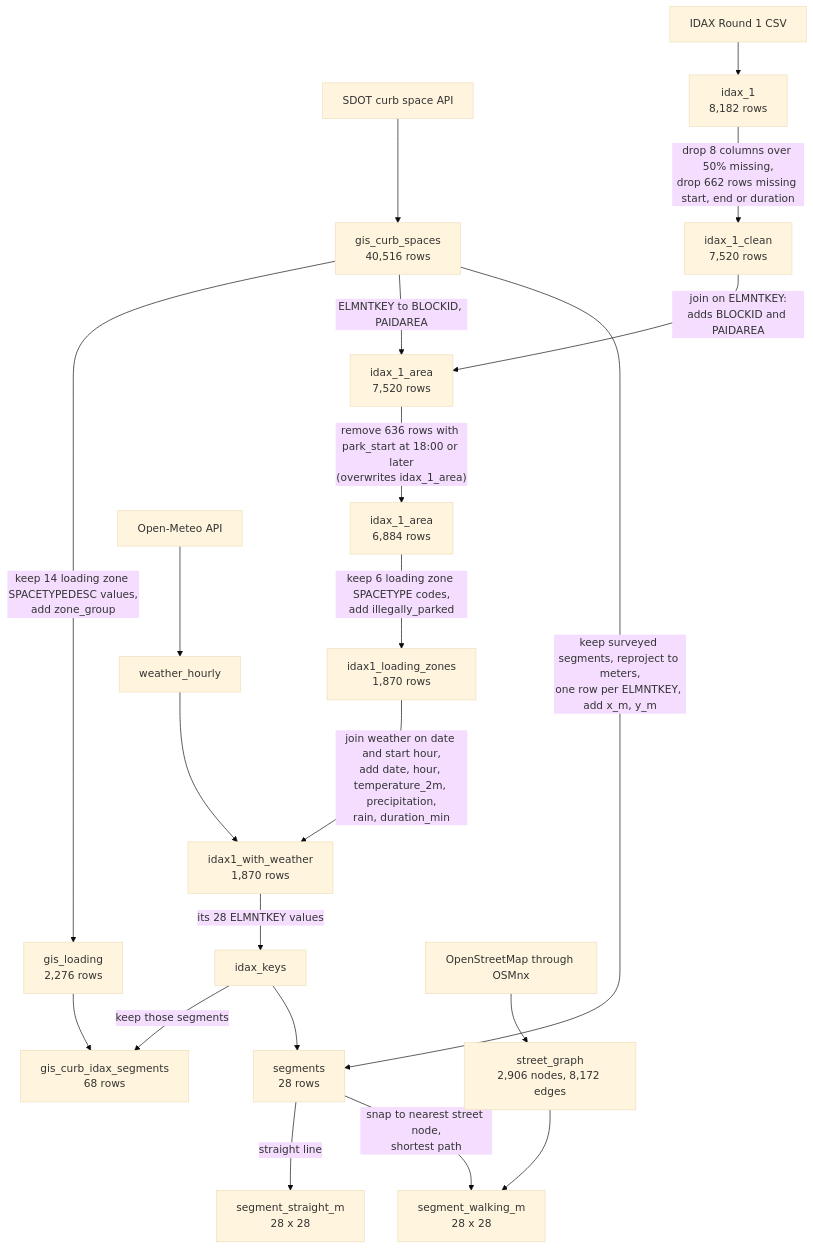
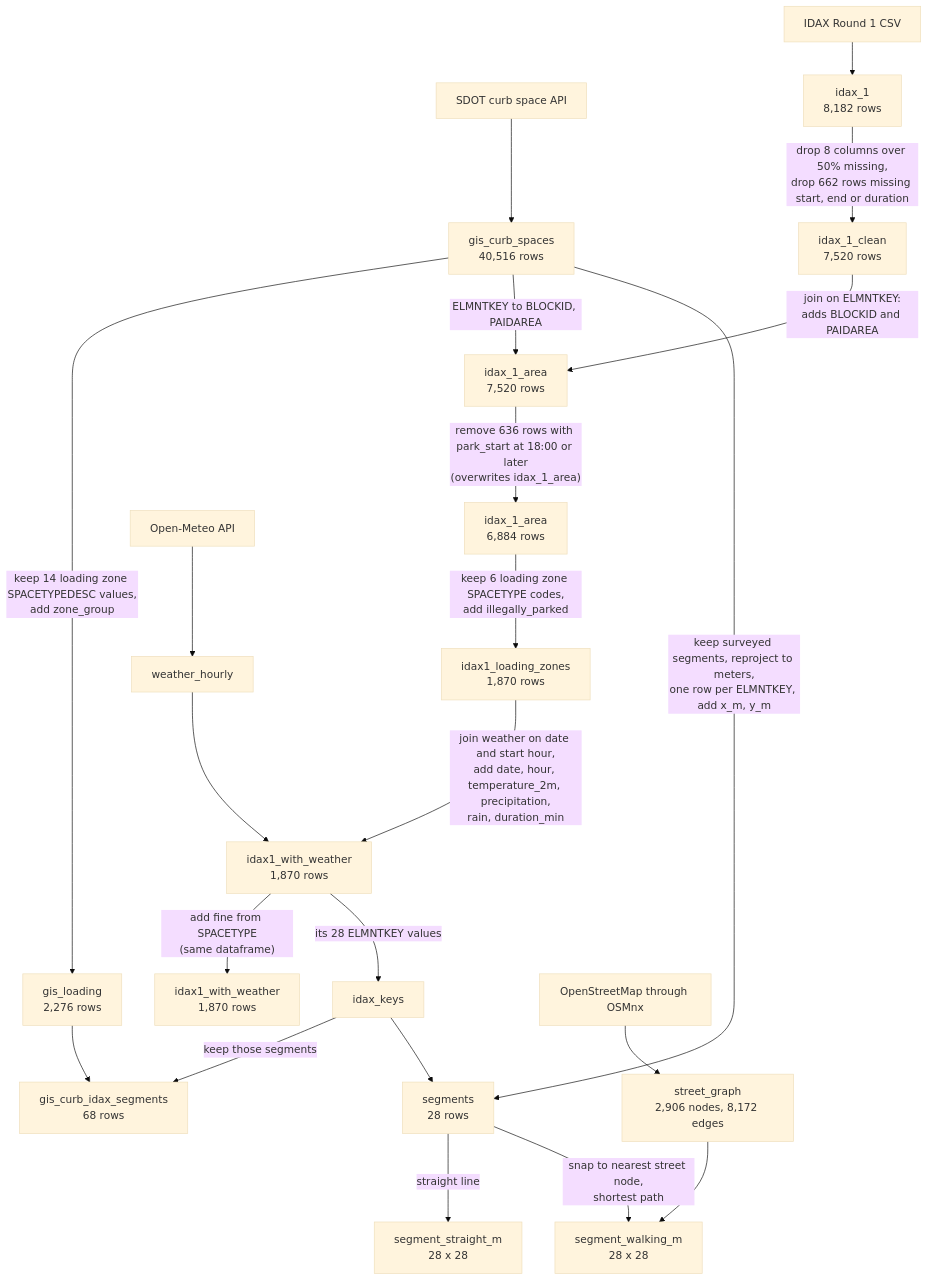
The diagram in docs/eda-variables.md (dshan805/freight-curb-allocation), drawn with Mermaid (base theme) before and after one commit. The commit also changed other lines of this file and 2 other files, not shown here.

````diff
--- a/docs/eda-variables.md
+++ b/docs/eda-variables.md
@@ -12,25 +12,26 @@
 ```mermaid
 flowchart TD
     API["SDOT curb space API"] --> gis_curb_spaces["gis_curb_spaces<br/>40,516 rows"]
     gis_curb_spaces -->|"keep 14 loading zone SPACETYPEDESC values,<br/>add zone_group"| gis_loading["gis_loading<br/>2,276 rows"]
 
     CSV1["IDAX Round 1 CSV"] --> idax_1["idax_1<br/>8,182 rows"]
     idax_1 -->|"drop 8 columns over 50% missing,<br/>drop 662 rows missing start, end or duration"| idax_1_clean["idax_1_clean<br/>7,520 rows"]
     idax_1_clean -->|"join on ELMNTKEY:<br/>adds BLOCKID and PAIDAREA"| idax_1_area["idax_1_area<br/>7,520 rows"]
     gis_curb_spaces -->|"ELMNTKEY to BLOCKID, PAIDAREA"| idax_1_area
     idax_1_area -->|"remove 636 rows with park_start at 18:00 or later<br/>(overwrites idax_1_area)"| idax_1_area_6pm["idax_1_area<br/>6,884 rows"]
     idax_1_area_6pm -->|"keep 6 loading zone SPACETYPE codes,<br/>add illegally_parked"| idax1_loading_zones["idax1_loading_zones<br/>1,870 rows"]
 
     idax1_loading_zones -->|"join weather on date and start hour,<br/>add date, hour, temperature_2m, precipitation,<br/>rain, duration_min"| idax1_with_weather["idax1_with_weather<br/>1,870 rows"]
     WEATHERAPI["Open-Meteo API"] --> weather_hourly["weather_hourly"] --> idax1_with_weather
+    idax1_with_weather -->|"add fine from SPACETYPE<br/>(same dataframe)"| idax1_with_fine["idax1_with_weather<br/>1,870 rows"]
 
     idax1_with_weather -->|"its 28 ELMNTKEY values"| idax_keys["idax_keys"]
     idax_keys -->|"keep those segments"| gis_curb_idax_segments["gis_curb_idax_segments<br/>68 rows"]
     gis_loading --> gis_curb_idax_segments
 
     gis_curb_spaces -->|"keep surveyed segments, reproject to meters,<br/>one row per ELMNTKEY, add x_m, y_m"| segments["segments<br/>28 rows"]
     idax_keys --> segments
     segments -->|"straight line"| segment_straight_m["segment_straight_m<br/>28 x 28"]
     segments -->|"snap to nearest street node,<br/>shortest path"| segment_walking_m["segment_walking_m<br/>28 x 28"]
     OSM["OpenStreetMap through OSMnx"] --> street_graph["street_graph<br/>2,906 nodes, 8,172 edges"] --> segment_walking_m
 ```
````
